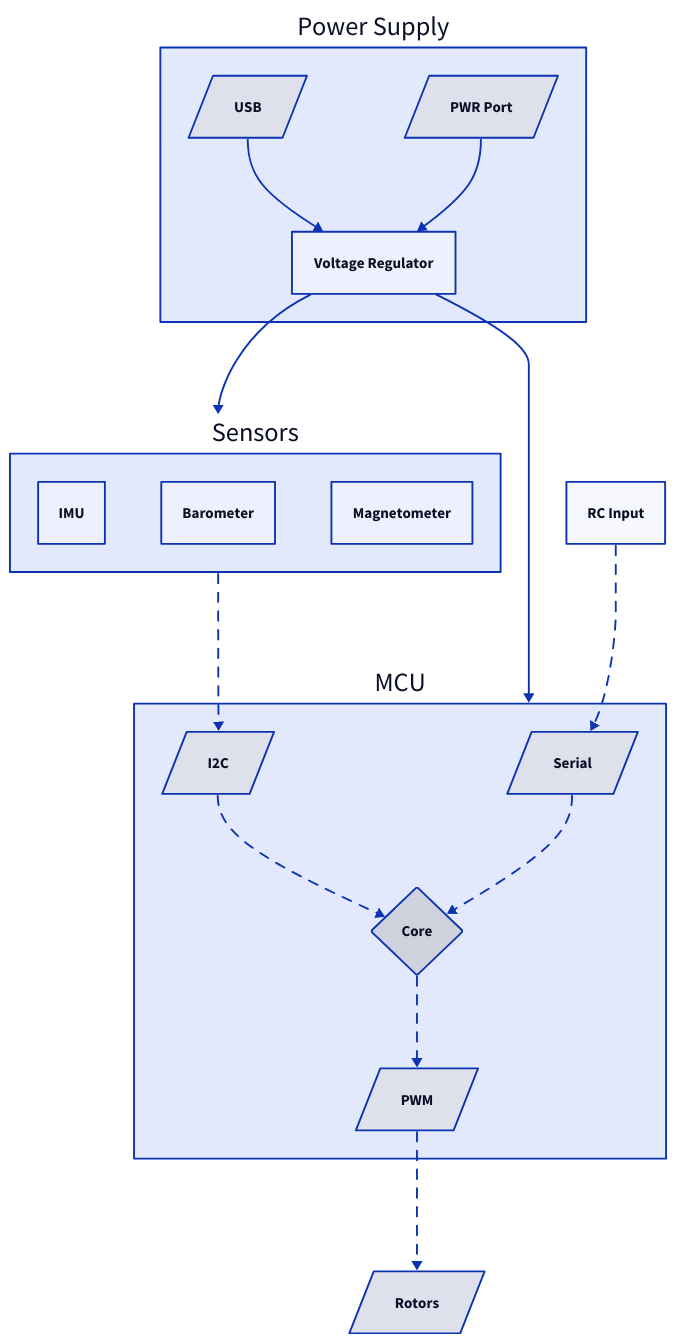
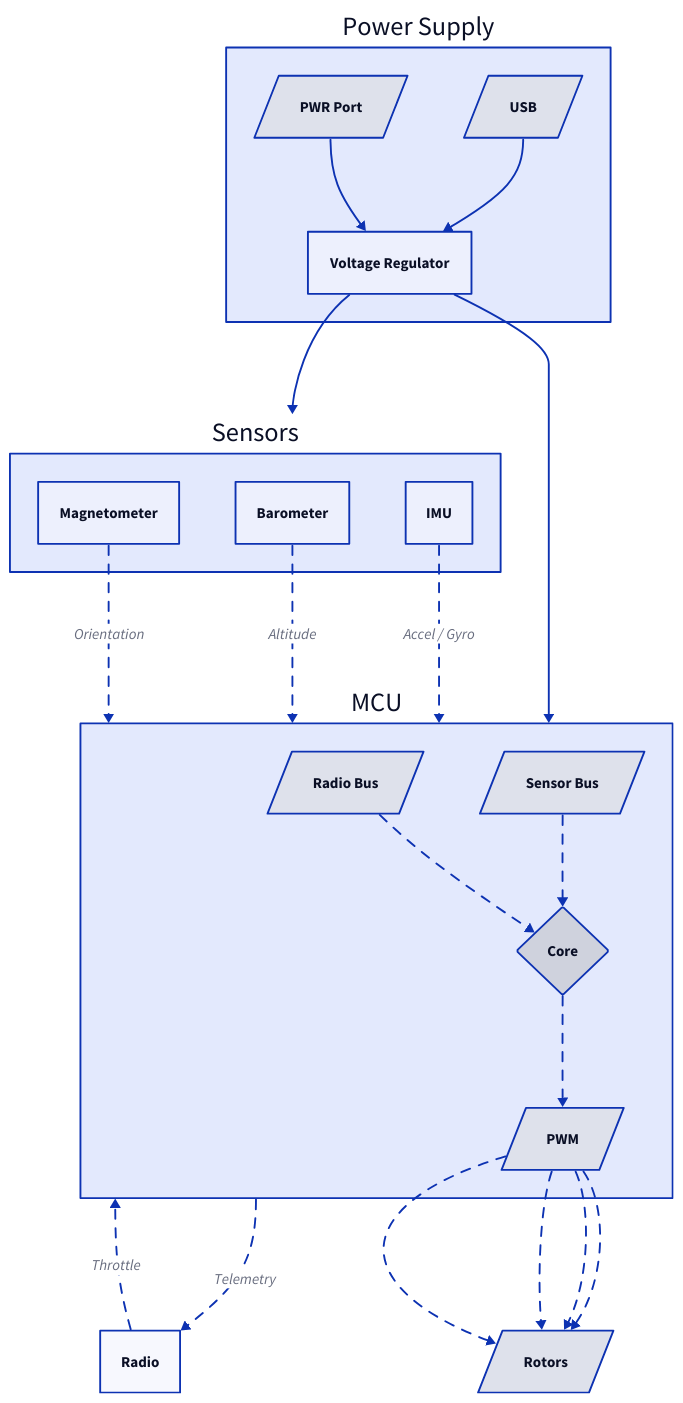
Before and after one commit to nnarain/icarus: the diagram in docs/src/design.md, drawn with D2. The commit also changed 1 other file, not shown here.

Commit message:
Update diagram

````diff
--- a/docs/src/design.md
+++ b/docs/src/design.md
@@ -21,64 +21,83 @@
 ```d2
 power: Power Supply {
     usb: USB
     usb.shape: parallelogram
 
     pwr: PWR Port
     pwr.shape: parallelogram
 
     reg: Voltage Regulator
 
     usb -> reg <- pwr
 }
 
 sensors: Sensors {
     imu: IMU
     baro: Barometer
     mag: Magnetometer
 }
 
 mcu: MCU {
-    spi: Serial
-    spi.shape: parallelogram
+    radio_bus: Radio Bus
+    radio_bus.shape: parallelogram
 
-    i2c: I2C
-    i2c.shape: parallelogram
+    sensor_bus: Sensor Bus
+    sensor_bus.shape: parallelogram
 
     core: Core
     core.shape: diamond
 
     pwm: PWM
     pwm.shape: parallelogram
 
-    i2c -> core {
+    sensor_bus -> core {
         style.animated: true
     }
-    spi -> core {
+    radio_bus -> core {
         style.animated: true
     }
     core -> pwm {
         style.animated: true
     }
 }
 
-rc: RC Input
+rf: Radio
 
 rotors: Rotors
 rotors.shape: parallelogram
 
 power.reg -> sensors
 power.reg -> mcu
 
-rc -> mcu.spi {
+rf -> mcu: Throttle {
     style.animated: true
 }
 
-sensors -> mcu.i2c {
+mcu -> rf: Telemetry {
+    style.animated: true
+}
+
+sensors.imu -> mcu: Accel / Gyro {
+    style.animated: true
+}
+sensors.baro -> mcu: Altitude {
+    style.animated: true
+}
+sensors.mag -> mcu: Orientation {
     style.animated: true
 }
 
 mcu.pwm -> rotors {
     style.animated: true
 }
+mcu.pwm -> rotors {
+    style.animated: true
+}
+mcu.pwm -> rotors {
+    style.animated: true
+}
+mcu.pwm -> rotors {
+    style.animated: true
+}
 
 ```
````
